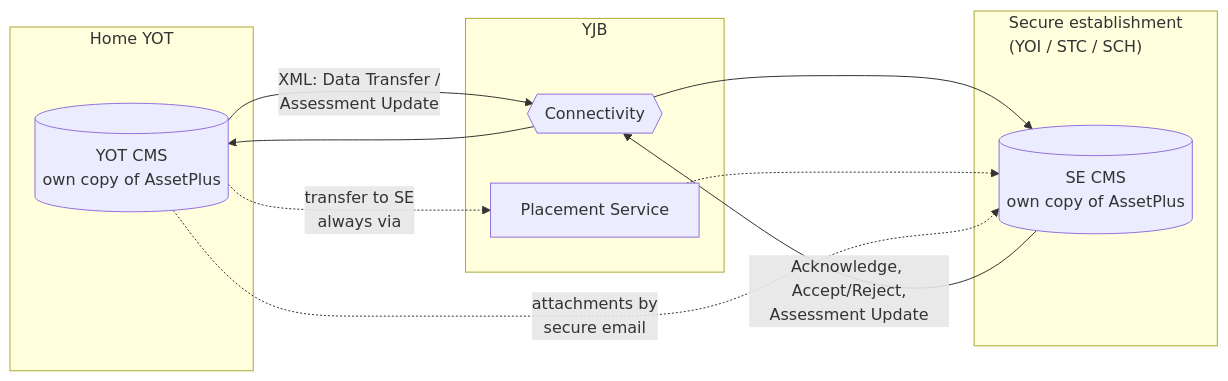
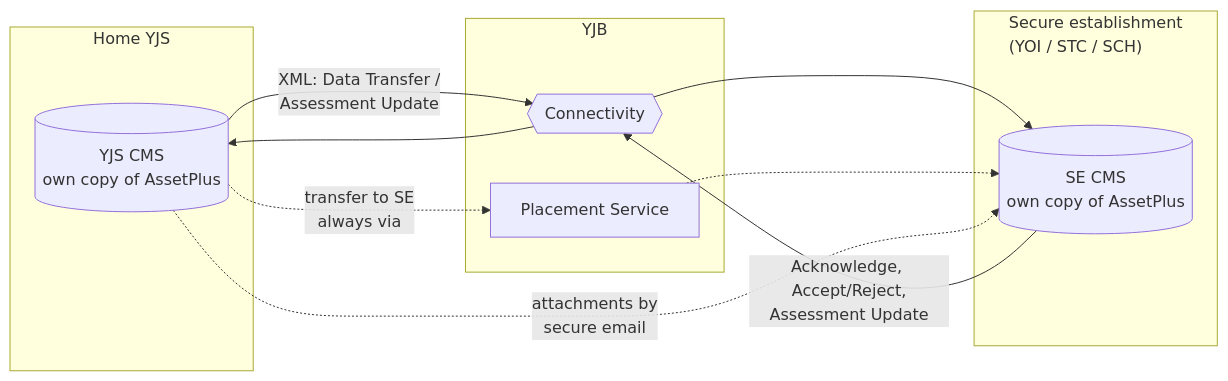
One commit to ministryofjustice/yjb-platform changed the first of 3 diagrams in apps/api/docs/prototype/claude-exploration/current-process.md. Above: the diagram before and after it, drawn with Mermaid. The commit also changed other lines of this file and 4 other files, not shown here.

````diff
--- a/apps/api/docs/prototype/claude-exploration/current-process.md
+++ b/apps/api/docs/prototype/claude-exploration/current-process.md
@@ -34,20 +34,20 @@
 ```mermaid
 flowchart LR
-  subgraph YOT["Home YOT"]
-    YCMS[(YOT CMS<br/>own copy of AssetPlus)]
+  subgraph YJS["Home YJS"]
+    YCMS[(YJS CMS<br/>own copy of AssetPlus)]
   end
   subgraph YJB["YJB"]
     CONN{{Connectivity}}
     PS[Placement Service]
   end
   subgraph SE["Secure establishment<br/>(YOI / STC / SCH)"]
     SCMS[(SE CMS<br/>own copy of AssetPlus)]
   end
   YCMS -- "XML: Data Transfer /<br/>Assessment Update" --> CONN
   CONN --> SCMS
   SCMS -- "Acknowledge, Accept/Reject,<br/>Assessment Update" --> CONN
   CONN --> YCMS
   YCMS -. "transfer to SE<br/>always via" .-> PS
   PS -.-> SCMS
   YCMS -. "attachments by<br/>secure email" .-> SCMS
 ```
````
